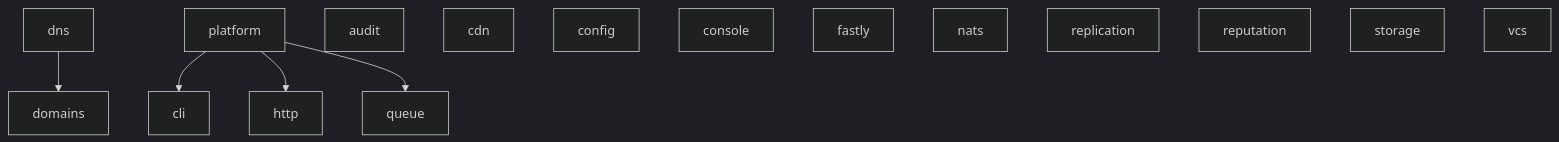
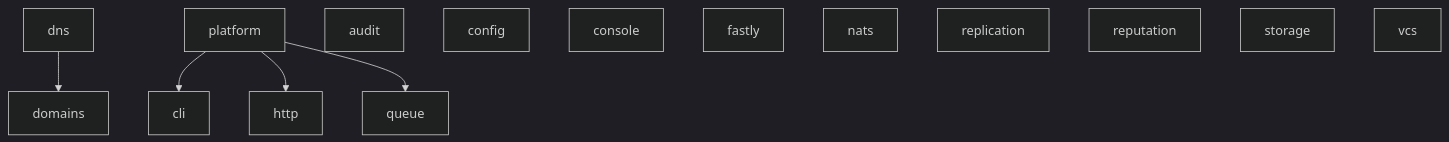
One commit to utopia-php/monorepo changed the diagram in README.md. Above: the diagram before and after it, drawn with Mermaid (dark theme). The commit also changed other lines of this file and 39 other files, not shown here.

````diff
--- a/README.md
+++ b/README.md
@@ -52,17 +52,16 @@
 ```mermaid
 graph TD
     dns --> domains
     platform --> cli
     platform --> http
     platform --> queue
     audit
-    cdn
     config
     console
     fastly
     nats
     replication
     reputation
     storage
     vcs
 ```
````
